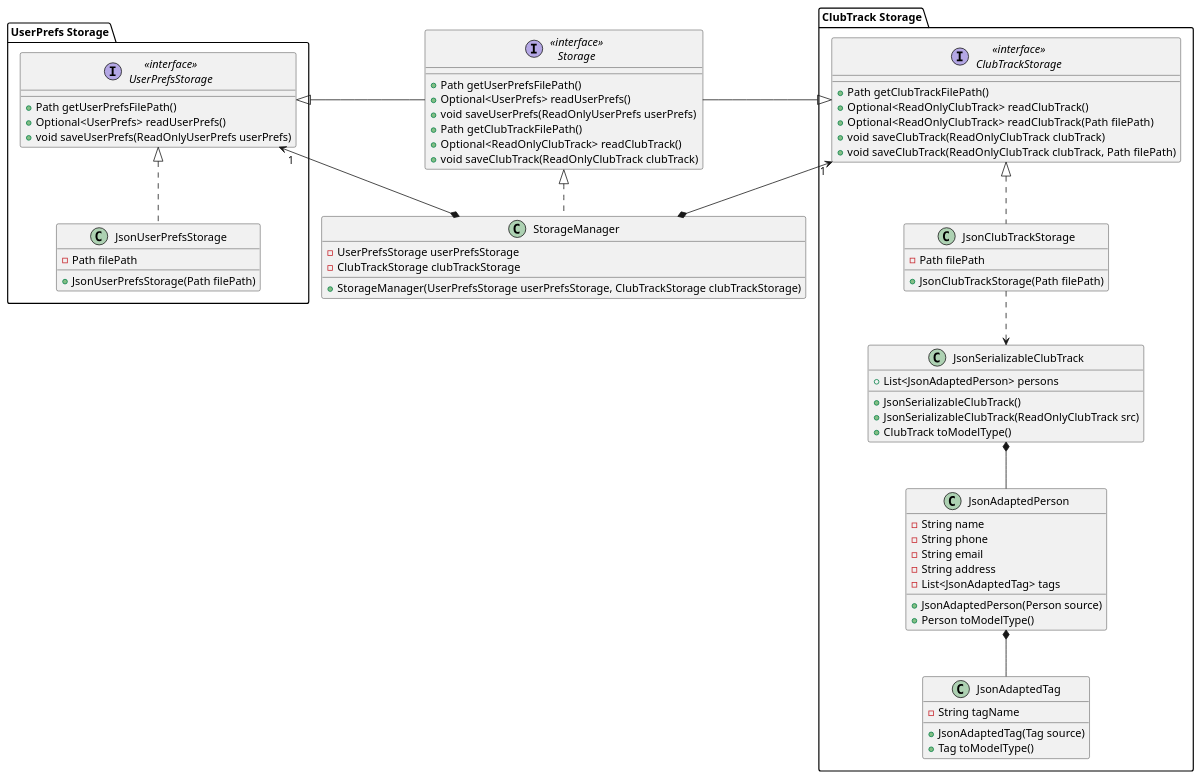
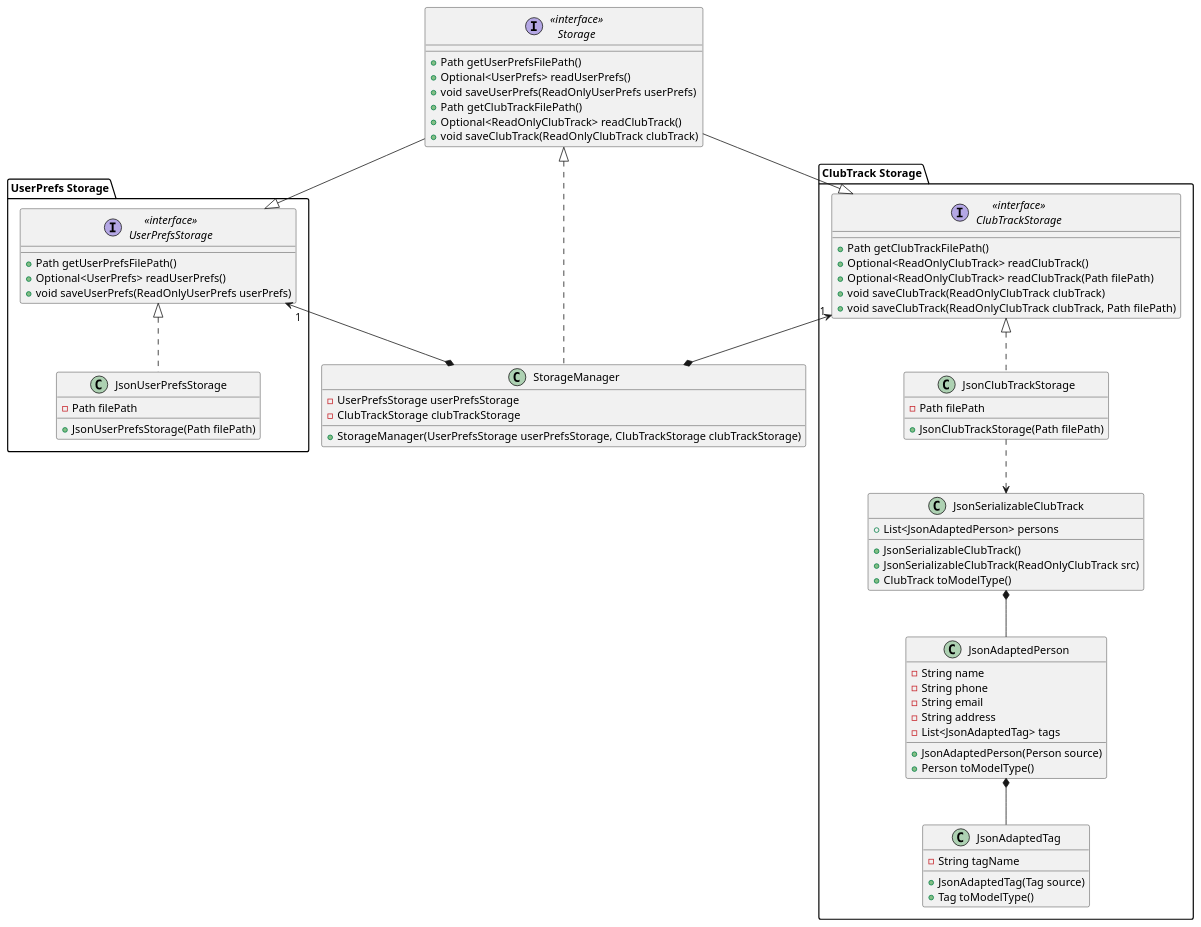
One commit to javierchuaby/tp changed the diagram in docs/diagrams/StorageClassDiagram.puml. Above: the diagram before and after it, drawn with PlantUML. The commit also changed 44 other files, not shown here.

Commit message:
Fix class diagrams

```diff
--- a/docs/diagrams/StorageClassDiagram.puml
+++ b/docs/diagrams/StorageClassDiagram.puml
@@ -1,84 +1,84 @@
 @startuml
 
 ' ===== Storage slice =====
 
 package "UserPrefs Storage" {
 Interface "<<interface>>\nUserPrefsStorage" as UserPrefsStorage {
     +Path getUserPrefsFilePath()
     +Optional<UserPrefs> readUserPrefs()
     +void saveUserPrefs(ReadOnlyUserPrefs userPrefs)
 }
 Class JsonUserPrefsStorage {
     -Path filePath
     +JsonUserPrefsStorage(Path filePath)
 }
 }
 
 Interface "<<interface>>\nStorage" as Storage {
     +Path getUserPrefsFilePath()
     +Optional<UserPrefs> readUserPrefs()
     +void saveUserPrefs(ReadOnlyUserPrefs userPrefs)
     +Path getClubTrackFilePath()
     +Optional<ReadOnlyClubTrack> readClubTrack()
     +void saveClubTrack(ReadOnlyClubTrack clubTrack)
 }
 
 Class StorageManager {
     -UserPrefsStorage userPrefsStorage
     -ClubTrackStorage clubTrackStorage
     +StorageManager(UserPrefsStorage userPrefsStorage, ClubTrackStorage clubTrackStorage)
 }
 
 package "ClubTrack Storage" {
 Interface "<<interface>>\nClubTrackStorage" as ClubTrackStorage {
     +Path getClubTrackFilePath()
     +Optional<ReadOnlyClubTrack> readClubTrack()
     +Optional<ReadOnlyClubTrack> readClubTrack(Path filePath)
     +void saveClubTrack(ReadOnlyClubTrack clubTrack)
     +void saveClubTrack(ReadOnlyClubTrack clubTrack, Path filePath)
 }
 Class JsonClubTrackStorage {
     -Path filePath
     +JsonClubTrackStorage(Path filePath)
 }
 Class JsonSerializableClubTrack {
     +List<JsonAdaptedPerson> persons
     +JsonSerializableClubTrack()
     +JsonSerializableClubTrack(ReadOnlyClubTrack src)
     +ClubTrack toModelType()
 }
 Class JsonAdaptedPerson {
     -String name
     -String phone
     -String email
     -String address
     -List<JsonAdaptedTag> tags
     +JsonAdaptedPerson(Person source)
     +Person toModelType()
 }
 Class JsonAdaptedTag {
     -String tagName
     +JsonAdaptedTag(Tag source)
     +Tag toModelType()
 }
 }
 
 ' Inheritance relationships
 StorageManager .up.|> Storage
 JsonUserPrefsStorage .up.|> UserPrefsStorage
 JsonClubTrackStorage .up.|> ClubTrackStorage
 
 ' Composition relationships
 StorageManager *-up-> "1" UserPrefsStorage
 StorageManager *-up-> "1" ClubTrackStorage
 
 ' Interface inheritance
-Storage -left-|> UserPrefsStorage
-Storage -right-|> ClubTrackStorage
+Storage --|> UserPrefsStorage
+Storage --|> ClubTrackStorage
 
 ' Dependencies and associations
 JsonClubTrackStorage ..> JsonSerializableClubTrack
 JsonSerializableClubTrack *-- JsonAdaptedPerson
 JsonAdaptedPerson *-- JsonAdaptedTag
 
 @enduml
```
